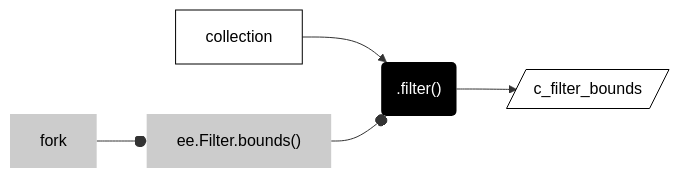
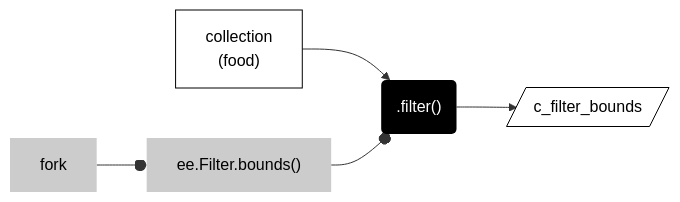
Before and after one commit to jeffhowarth/ee-edu: the second of 2 diagrams in src/methods/filter-collections.md, drawn with Mermaid. The commit also changed other lines of this file and 5 other files, not shown here.

````diff
--- a/src/methods/filter-collections.md
+++ b/src/methods/filter-collections.md
@@ -49,28 +49,28 @@
 ``` mermaid
 graph LR
 
-  input["collection"] ;
+  input["collection<br>(food)"] ;
   method(".filter()") ;
   output[/"c_filter_bounds"/]  ;
 
   input --> method --> output
   
   arg["ee.Filter.bounds()"] ;
   
   arg --o method
 
   arg2["fork"] ;
 
   arg2 --o arg
 
   classDef in-out fill:#FFFFFF,stroke-width:1px,stroke: #000000, color:#000000; 
   classDef op fill:#000000,stroke-width:0px,color:#FFFFFF;
   classDef arg fill:#CCCCCC,stroke-width:0px,color:#000000;
   
 
   class input in-out; 
   class method op;
   class output in-out;
   class arg arg; 
   class arg2 arg;
 ```
````
